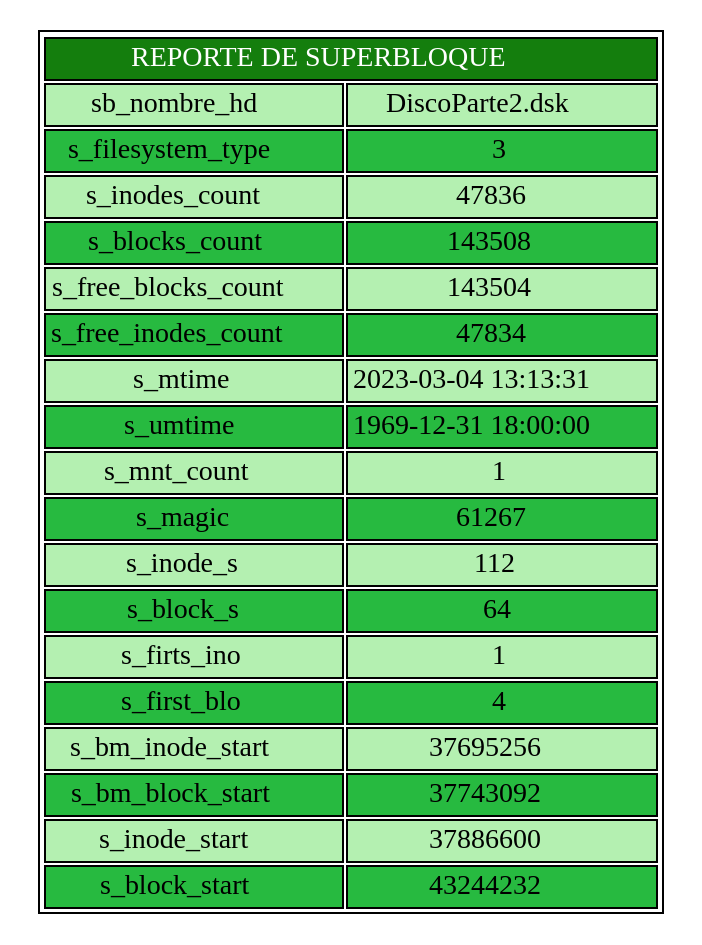
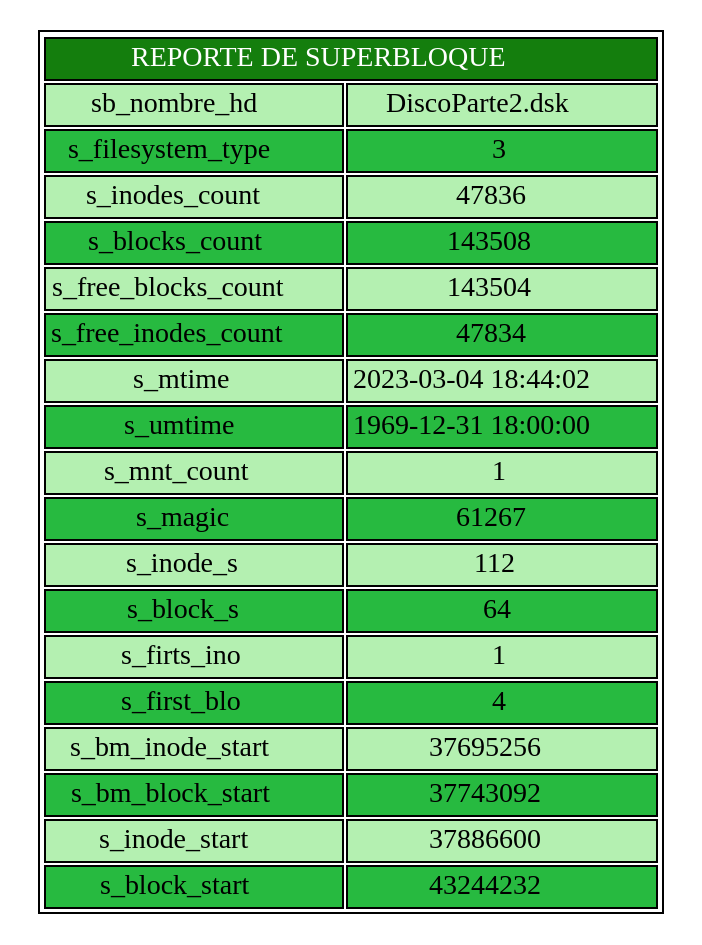
The diagram in Proyecto/cmake-build-debug/rep.dot (diegomazariegos2002/_MIA1S2023_PROYECTO1), drawn with Graphviz before and after one commit. The commit also changed 7 other files, not shown here.

```diff
--- a/Proyecto/cmake-build-debug/rep.dot
+++ b/Proyecto/cmake-build-debug/rep.dot
@@ -1,4 +1,4 @@
 digraph G {
 node[shape=none]
-start[label=<<table><tr><td colspan="2" bgcolor="#147e0d"><font color="white">REPORTE DE SUPERBLOQUE</font></td></tr><tr><td bgcolor="#b4f0b1">sb_nombre_hd</td><td bgcolor="#b4f0b1">DiscoParte2.dsk</td>)</tr><tr><td bgcolor="#27ba40">s_filesystem_type</td><td bgcolor="#27ba40">3</td>)</tr><tr><td bgcolor="#b4f0b1">s_inodes_count</td><td bgcolor="#b4f0b1">47836</td>)</tr><tr><td bgcolor="#27ba40">s_blocks_count</td><td bgcolor="#27ba40">143508</td>)</tr><tr><td bgcolor="#b4f0b1">s_free_blocks_count</td><td bgcolor="#b4f0b1">143504</td>)</tr><tr><td bgcolor="#27ba40">s_free_inodes_count</td><td bgcolor="#27ba40">47834</td>)</tr><tr><td bgcolor="#b4f0b1">s_mtime</td><td bgcolor="#b4f0b1">2023-03-04 13:13:31</td>)</tr><tr><td bgcolor="#27ba40">s_umtime</td><td bgcolor="#27ba40">1969-12-31 18:00:00</td>)</tr><tr><td bgcolor="#b4f0b1">s_mnt_count</td><td bgcolor="#b4f0b1">1</td>)</tr><tr><td bgcolor="#27ba40">s_magic</td><td bgcolor="#27ba40">61267</td>)</tr><tr><td bgcolor="#b4f0b1">s_inode_s</td><td bgcolor="#b4f0b1">112</td>)</tr><tr><td bgcolor="#27ba40">s_block_s</td><td bgcolor="#27ba40">64</td>)</tr><tr><td bgcolor="#b4f0b1">s_firts_ino</td><td bgcolor="#b4f0b1">1</td>)</tr><tr><td bgcolor="#27ba40">s_first_blo</td><td bgcolor="#27ba40">4</td>)</tr><tr><td bgcolor="#b4f0b1">s_bm_inode_start</td><td bgcolor="#b4f0b1">37695256</td>)</tr><tr><td bgcolor="#27ba40">s_bm_block_start</td><td bgcolor="#27ba40">37743092</td>)</tr><tr><td bgcolor="#b4f0b1">s_inode_start</td><td bgcolor="#b4f0b1">37886600</td>)</tr><tr><td bgcolor="#27ba40">s_block_start</td><td bgcolor="#27ba40">43244232</td>)</tr></table>>];
+start[label=<<table><tr><td colspan="2" bgcolor="#147e0d"><font color="white">REPORTE DE SUPERBLOQUE</font></td></tr><tr><td bgcolor="#b4f0b1">sb_nombre_hd</td><td bgcolor="#b4f0b1">DiscoParte2.dsk</td>)</tr><tr><td bgcolor="#27ba40">s_filesystem_type</td><td bgcolor="#27ba40">3</td>)</tr><tr><td bgcolor="#b4f0b1">s_inodes_count</td><td bgcolor="#b4f0b1">47836</td>)</tr><tr><td bgcolor="#27ba40">s_blocks_count</td><td bgcolor="#27ba40">143508</td>)</tr><tr><td bgcolor="#b4f0b1">s_free_blocks_count</td><td bgcolor="#b4f0b1">143504</td>)</tr><tr><td bgcolor="#27ba40">s_free_inodes_count</td><td bgcolor="#27ba40">47834</td>)</tr><tr><td bgcolor="#b4f0b1">s_mtime</td><td bgcolor="#b4f0b1">2023-03-04 18:44:02</td>)</tr><tr><td bgcolor="#27ba40">s_umtime</td><td bgcolor="#27ba40">1969-12-31 18:00:00</td>)</tr><tr><td bgcolor="#b4f0b1">s_mnt_count</td><td bgcolor="#b4f0b1">1</td>)</tr><tr><td bgcolor="#27ba40">s_magic</td><td bgcolor="#27ba40">61267</td>)</tr><tr><td bgcolor="#b4f0b1">s_inode_s</td><td bgcolor="#b4f0b1">112</td>)</tr><tr><td bgcolor="#27ba40">s_block_s</td><td bgcolor="#27ba40">64</td>)</tr><tr><td bgcolor="#b4f0b1">s_firts_ino</td><td bgcolor="#b4f0b1">1</td>)</tr><tr><td bgcolor="#27ba40">s_first_blo</td><td bgcolor="#27ba40">4</td>)</tr><tr><td bgcolor="#b4f0b1">s_bm_inode_start</td><td bgcolor="#b4f0b1">37695256</td>)</tr><tr><td bgcolor="#27ba40">s_bm_block_start</td><td bgcolor="#27ba40">37743092</td>)</tr><tr><td bgcolor="#b4f0b1">s_inode_start</td><td bgcolor="#b4f0b1">37886600</td>)</tr><tr><td bgcolor="#27ba40">s_block_start</td><td bgcolor="#27ba40">43244232</td>)</tr></table>>];
 }
```
